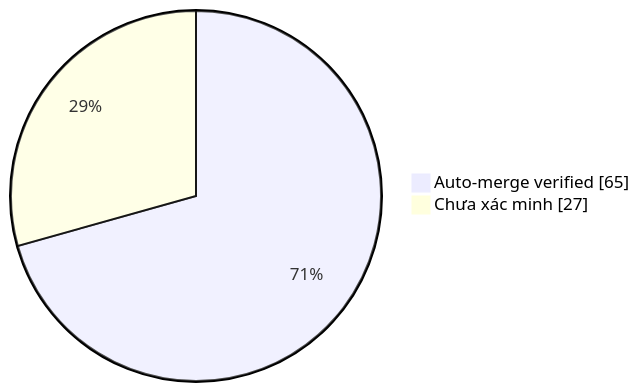
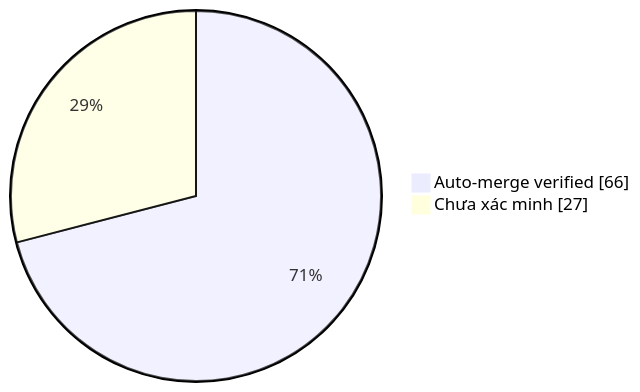
The diagram in collector.md (duykhang68/tetdinhmuiblog), drawn with Mermaid before and after one commit. The commit also changed other lines of this file and 1 other file, not shown here.

Commit message:
docs(collector): update auto-merge evidence dashboard

````diff
--- a/collector.md
+++ b/collector.md
@@ -22,5 +22,5 @@
 ```mermaid
 pie showData
-    "Auto-merge verified" : 65
+    "Auto-merge verified" : 66
     "Chưa xác minh" : 27
 ```
````
